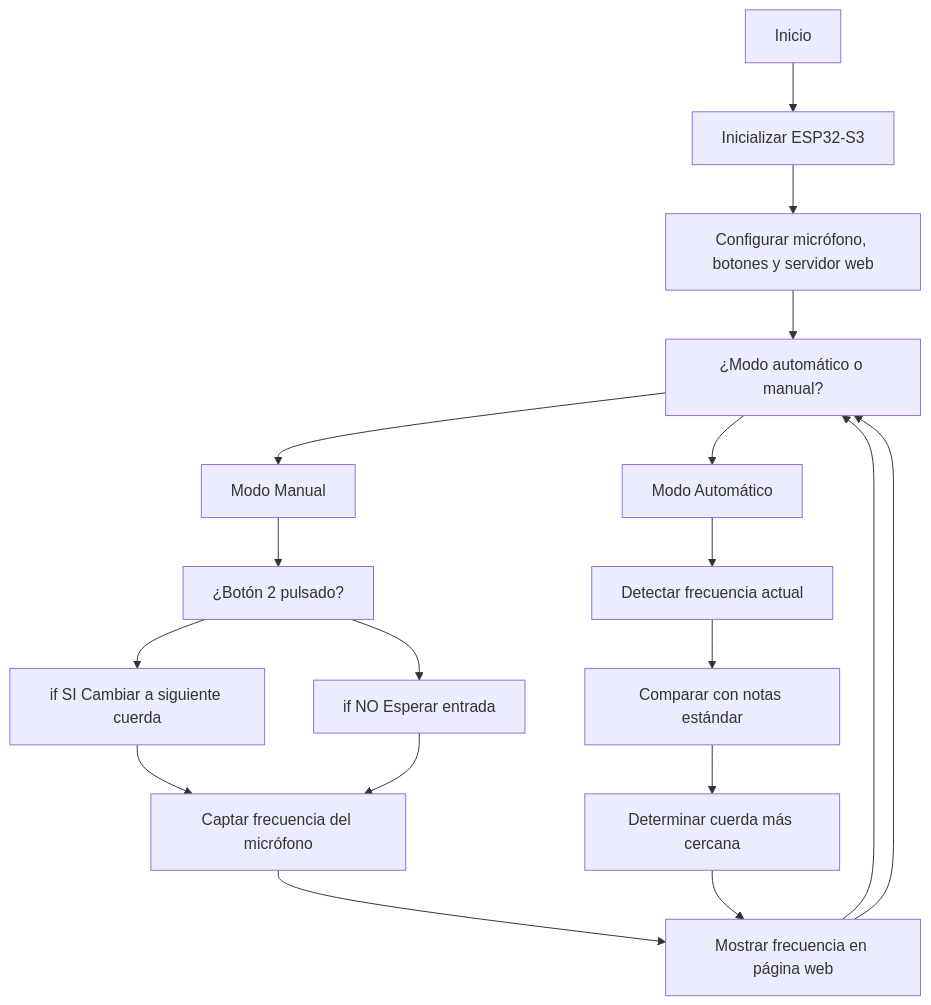
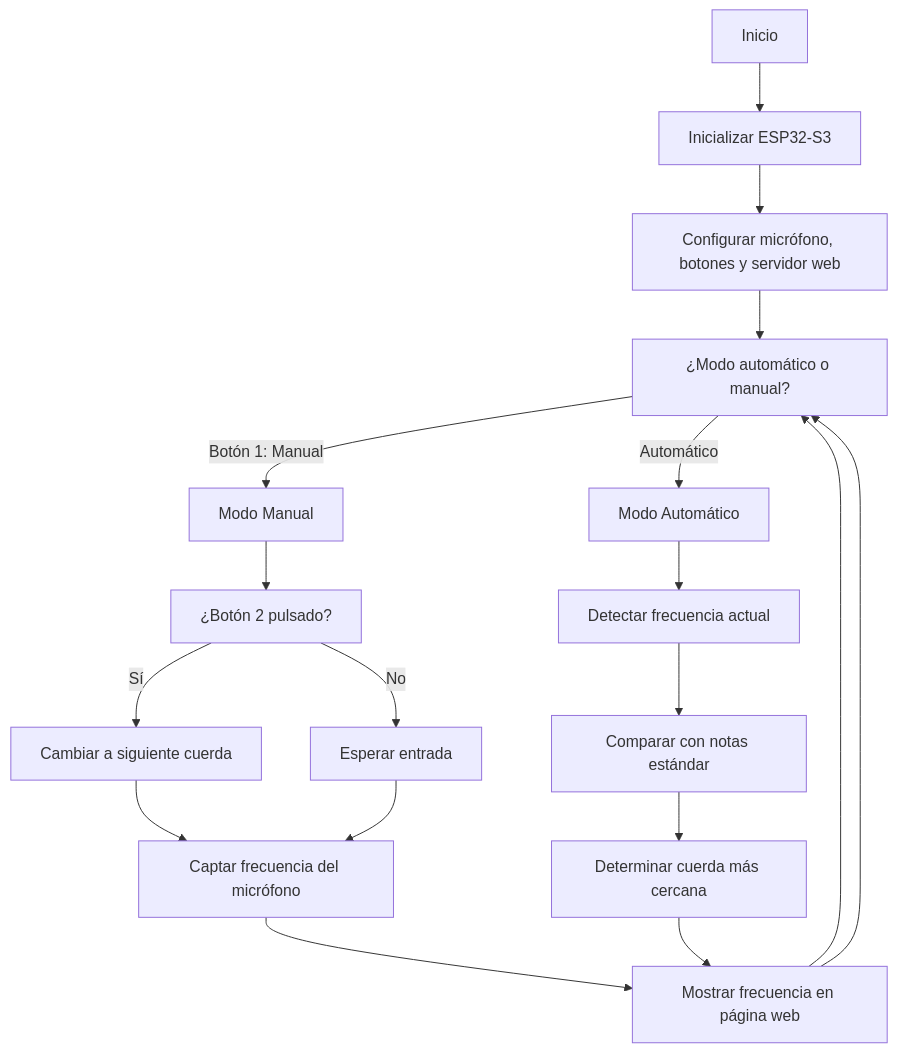
The diagram in README.md (MarcelBotines/Prova), drawn with Mermaid before and after one commit.

Commit message:
README.md

````diff
--- a/README.md
+++ b/README.md
@@ -3,20 +3,23 @@
 ``` mermaid
 flowchart TD
     A[Inicio] --> B[Inicializar ESP32-S3]
     B --> C[Configurar micrófono, botones y servidor web]
     C --> D[¿Modo automático o manual?]
-    D --> E[Modo Manual]
-    D --> F[Modo Automático]
+    D -->|Botón 1: Manual| E[Modo Manual]
+    D -->|Automático| F[Modo Automático]
+
     E --> G[¿Botón 2 pulsado?]
-    G --> H[if SI Cambiar a siguiente cuerda]
-    G --> I[if NO Esperar entrada]
+    G -->|Sí| H[Cambiar a siguiente cuerda]
+    G -->|No| I[Esperar entrada]
     H --> J[Captar frecuencia del micrófono]
     I --> J
     J --> K[Mostrar frecuencia en página web]
     K --> D
+
     F --> L[Detectar frecuencia actual]
     L --> M[Comparar con notas estándar]
     M --> N[Determinar cuerda más cercana]
     N --> K
+
     K --> D
 ```
````
